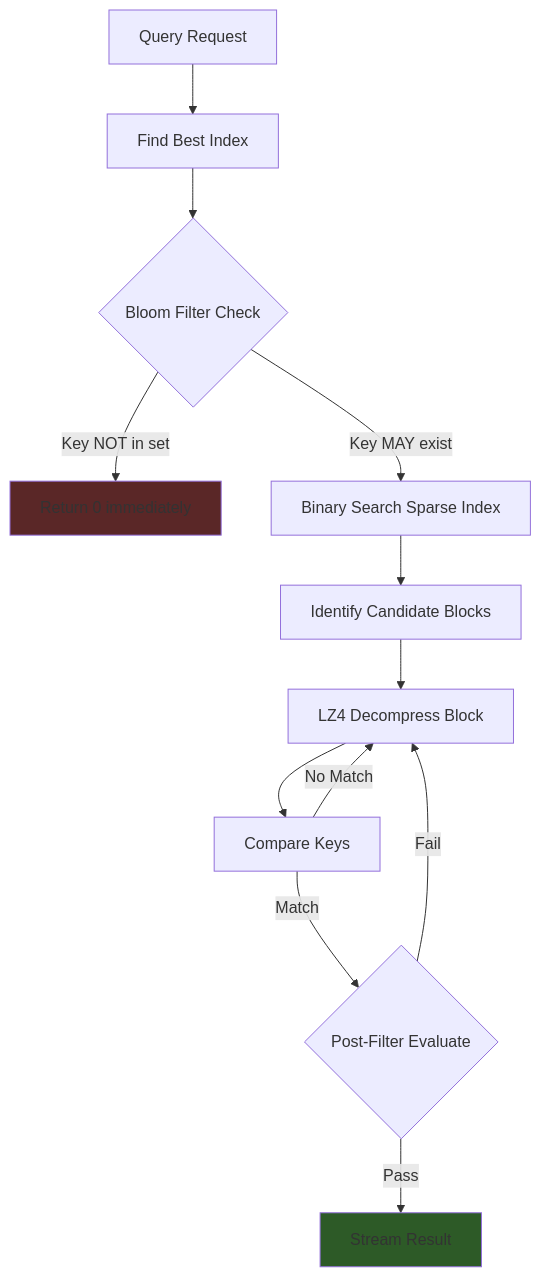
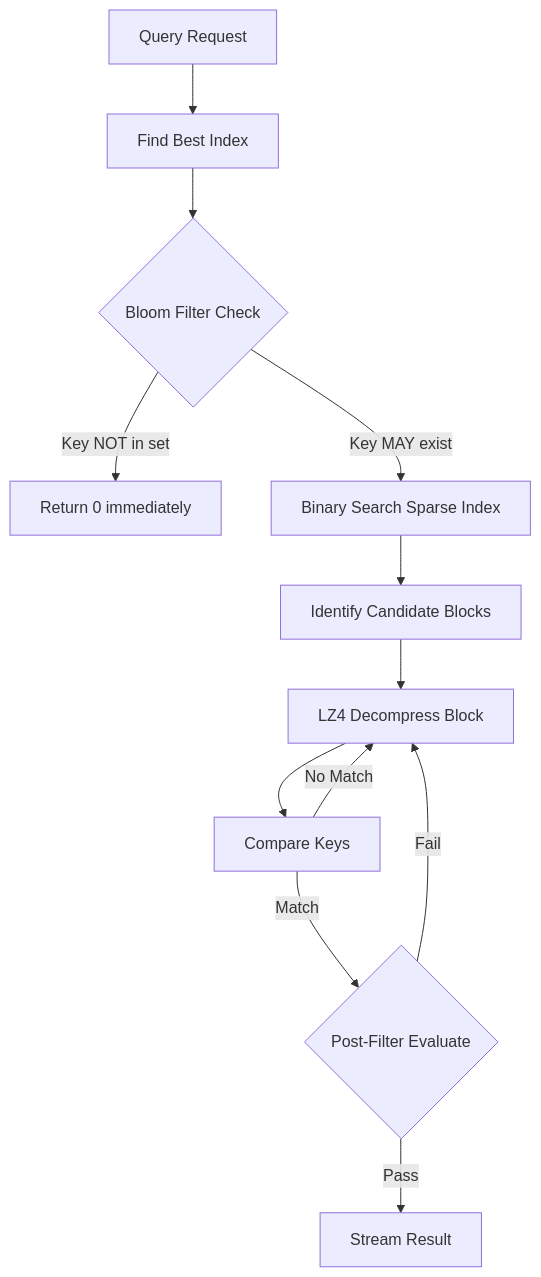
Before and after one commit to entreya/csvquery-docs: the first of 2 diagrams in src/content/docs/api-reference/go/query-engine.mdx, drawn with Mermaid. The commit also changed other lines of this file and 24 other files, not shown here.

Commit message:
docs: revert inline TOC, fix Mermaid diagrams, navigation, and margins

````diff
--- a/src/content/docs/api-reference/go/query-engine.mdx
+++ b/src/content/docs/api-reference/go/query-engine.mdx
@@ -14,17 +15,16 @@
 ```mermaid
 flowchart TB
     Q[Query Request] --> Plan[Find Best Index]
     Plan --> Bloom{Bloom Filter Check}
     Bloom -->|Key NOT in set| Zero[Return 0 immediately]
     Bloom -->|Key MAY exist| BinSearch[Binary Search Sparse Index]
     BinSearch --> Blocks[Identify Candidate Blocks]
     Blocks --> Decompress[LZ4 Decompress Block]
     Decompress --> KeyCmp[Compare Keys]
     KeyCmp -->|Match| PostFilter{Post-Filter Evaluate}
     KeyCmp -->|No Match| Decompress
     PostFilter -->|Pass| Output[Stream Result]
     PostFilter -->|Fail| Decompress
     
-    style Zero fill:#5a2727
-    style Output fill:#2d5a27
+
 ```
````
